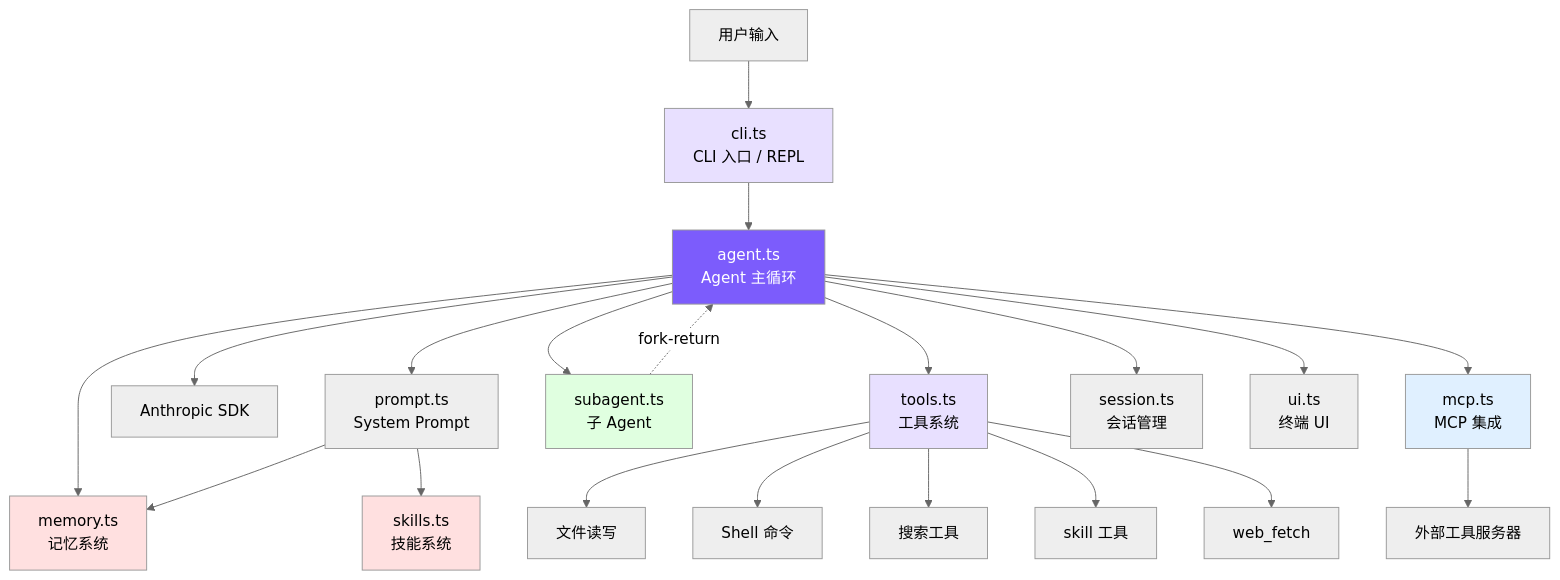
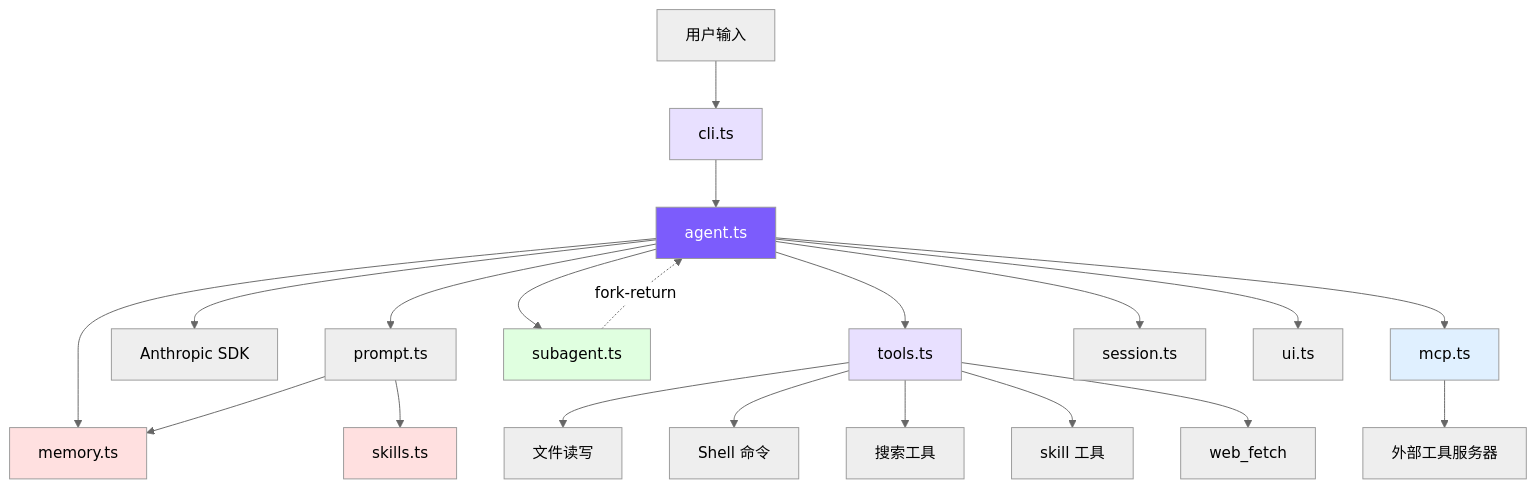
Before and after one commit to joinmouse/claude-code-mini: the diagram in docs/00-introduction.md, drawn with Mermaid (neutral theme). The commit also changed other lines of this file and 30 other files, not shown here.

````diff
--- a/docs/00-introduction.md
+++ b/docs/00-introduction.md
@@ -55,30 +11,30 @@
 ```mermaid
 graph TB
-    User[用户输入] --> CLI[cli.ts<br/>CLI 入口 / REPL]
-    CLI --> Agent[agent.ts<br/>Agent 主循环]
-    Agent --> Prompt[prompt.ts<br/>System Prompt]
+    User[用户输入] --> CLI[cli.ts]
+    CLI --> Agent[agent.ts]
+    Agent --> Prompt[prompt.ts]
     Agent --> AnthropicSDK[Anthropic SDK]
-    Agent --> Tools[tools.ts<br/>工具系统]
+    Agent --> Tools[tools.ts]
     Tools --> FS[文件读写]
     Tools --> Shell[Shell 命令]
     Tools --> Search[搜索工具]
     Tools --> SkillTool[skill 工具]
     Tools --> WebFetch[web_fetch]
-    Agent --> SubAgent[subagent.ts<br/>子 Agent]
+    Agent --> SubAgent[subagent.ts]
     SubAgent -.->|fork-return| Agent
-    Agent --> Memory[memory.ts<br/>记忆系统]
+    Agent --> Memory[memory.ts]
     Prompt --> Memory
-    Prompt --> Skills[skills.ts<br/>技能系统]
-    Agent --> MCP[mcp.ts<br/>MCP 集成]
+    Prompt --> Skills[skills.ts]
+    Agent --> MCP[mcp.ts]
     MCP --> ExtTools[外部工具服务器]
-    Agent --> Session[session.ts<br/>会话管理]
-    Agent --> UI[ui.ts<br/>终端 UI]
+    Agent --> Session[session.ts]
+    Agent --> UI[ui.ts]
 
     style Agent fill:#7c5cfc,color:#fff
     style Tools fill:#e8e0ff
     style CLI fill:#e8e0ff
     style Memory fill:#ffe0e0
     style Skills fill:#ffe0e0
     style SubAgent fill:#e0ffe0
     style MCP fill:#e0f0ff
 ```
````
